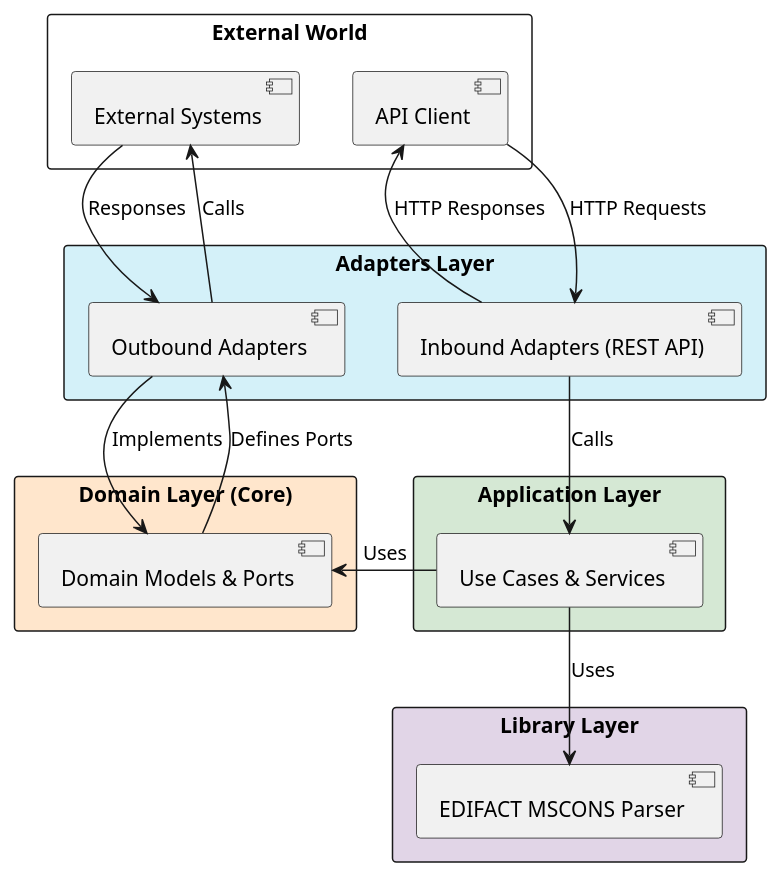
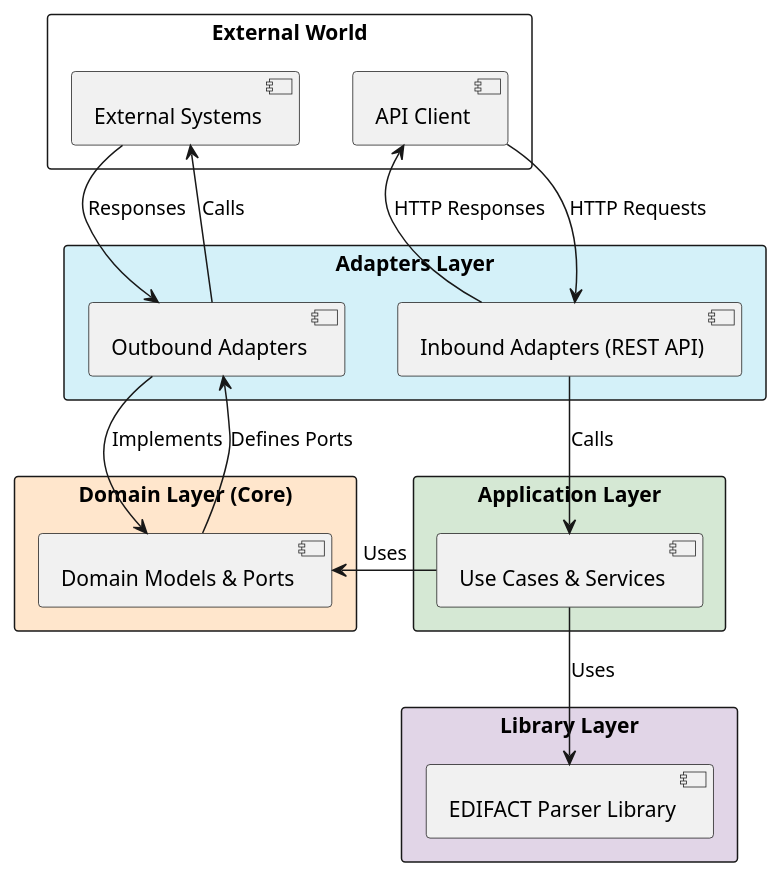
One commit to h2nguyen/EDIParse changed the second of 6 diagrams in docs/architecture.md. Above: the diagram before and after it, drawn with PlantUML. The commit also changed other lines of this file and 233 other files, not shown here.

````diff
--- a/docs/architecture.md
+++ b/docs/architecture.md
@@ -198,47 +205,47 @@
 ```plantuml
 @startuml "EDIParse Hexagonal Architecture"
 
 skinparam backgroundColor white
 skinparam packageStyle rectangle
 
 ' External World
 package "External World" {
   [API Client] as Client
   [External Systems] as ExternalSystems
 }
 
 ' Core Layers
 package "Domain Layer (Core)" #ffe6cc {
   component "Domain Models & Ports" as Domain
 }
 
 package "Application Layer" #d5e8d4 {
   component "Use Cases & Services" as Application
 }
 
 ' Adapters
 package "Adapters Layer" #d4f1f9 {
   component "Inbound Adapters (REST API)" as AdaptersIn
   component "Outbound Adapters" as AdaptersOut
 }
 
 ' Supporting Layers
 package "Library Layer" #e1d5e7 {
-  component "EDIFACT MSCONS Parser" as Library
+  component "EDIFACT Parser Library" as Library
 }
 
 ' External connections
 Client --> AdaptersIn : HTTP Requests
 AdaptersIn --> Client : HTTP Responses
 AdaptersOut --> ExternalSystems : Calls
 ExternalSystems --> AdaptersOut : Responses
 
 ' Internal connections
 AdaptersIn --> Application : Calls
 Application --> Domain : Uses
 AdaptersOut --> Domain : Implements
 Domain --> AdaptersOut : Defines Ports
 Application --> Library : Uses
 
 @enduml
 ```
````
